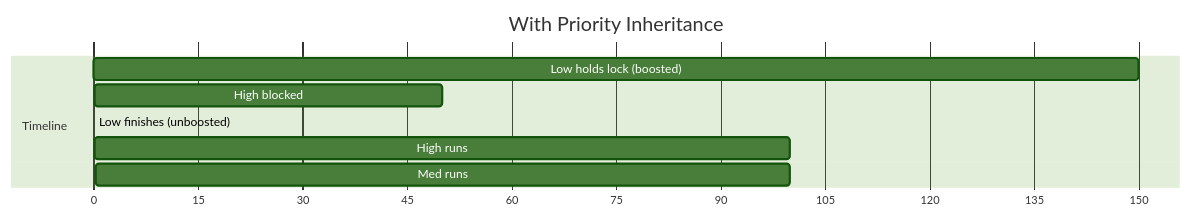
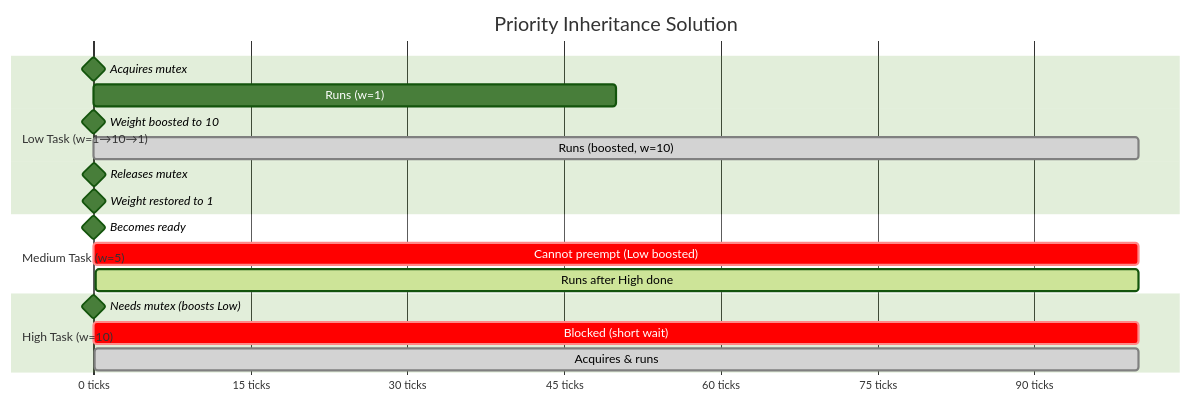
Before and after one commit to sabarioded/soRTOS: diagram 14 of 14 in docs/scheduler.md, drawn with Mermaid (forest theme). The commit also changed other lines of this file, not shown here.

````diff
--- a/docs/scheduler.md
+++ b/docs/scheduler.md
@@ -722,13 +911,24 @@
 ```mermaid
 gantt
-    title With Priority Inheritance
+    title Priority Inheritance Solution
     dateFormat X
-    axisFormat %s
+    axisFormat %s ticks
     
-    section Timeline
-    Low holds lock (boosted) :0, 150
-    High blocked             :100, 50
-    Low finishes (unboosted) :150, 0
-    High runs                :150, 100
-    Med runs                 :250, 100
+    section Low Task (w=1→10→1)
+    Acquires mutex          :milestone, m1, 0, 0
+    Runs (w=1)              :l1, 0, 50
+    Weight boosted to 10    :milestone, m2, 50, 0
+    Runs (boosted, w=10)    :done, 50, 100
+    Releases mutex          :milestone, m3, 150, 0
+    Weight restored to 1    :milestone, m4, 150, 0
+    
+    section Medium Task (w=5)
+    Becomes ready           :milestone, m5, 50, 0
+    Cannot preempt (Low boosted) :crit, 50, 100
+    Runs after High done    :active, 250, 100
+    
+    section High Task (w=10)
+    Needs mutex (boosts Low) :milestone, m6, 50, 0
+    Blocked (short wait)    :crit, 50, 100
+    Acquires & runs         :done, 150, 100
 ```
````
